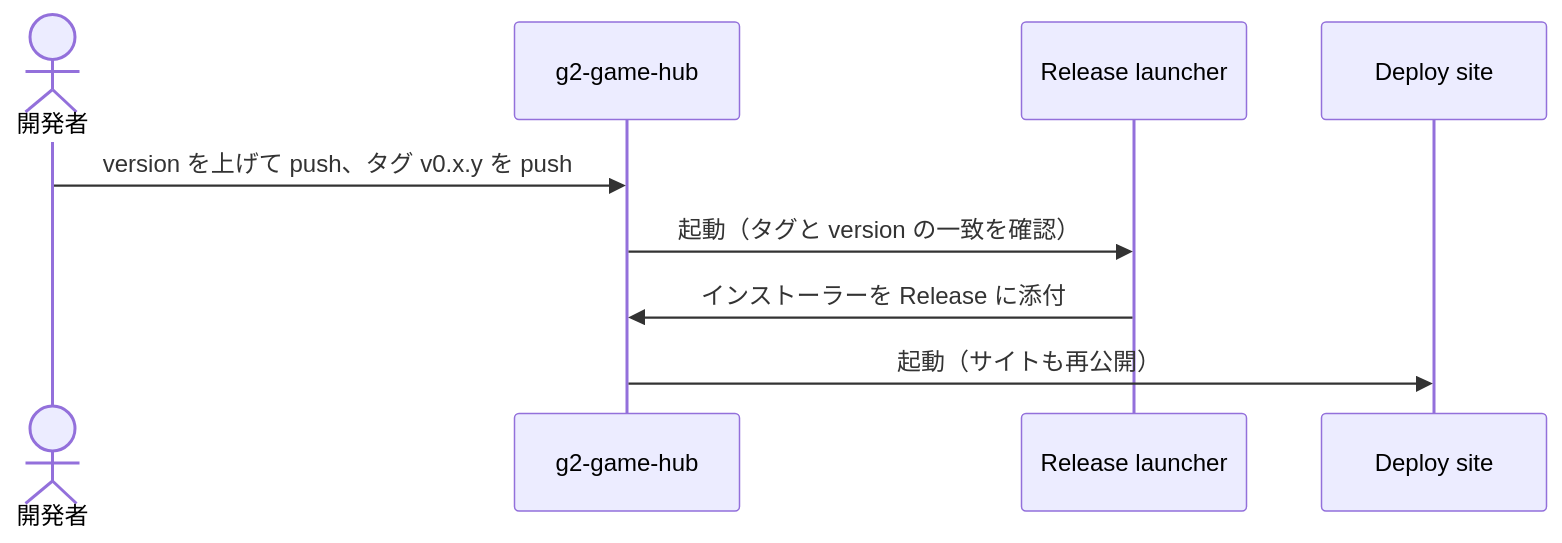
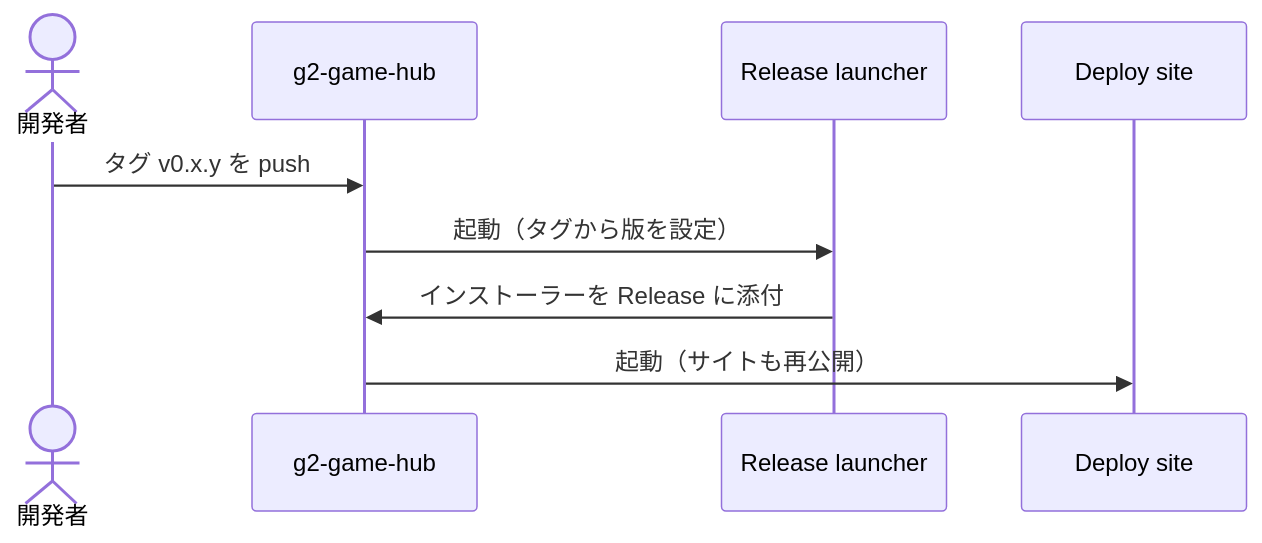
Before and after one commit to G-2-yama/g2-game-hub: the third of 4 diagrams in docs/integration.md, drawn with Mermaid. The commit also changed other lines of this file and 7 other files, not shown here.

````diff
--- a/docs/integration.md
+++ b/docs/integration.md
@@ -79,11 +79,11 @@
 ```mermaid
 sequenceDiagram
   actor U as 開発者
   participant H as g2-game-hub
   participant R as Release launcher
   participant S as Deploy site
-  U->>H: version を上げて push、タグ v0.x.y を push
-  H->>R: 起動（タグと version の一致を確認）
+  U->>H: タグ v0.x.y を push
+  H->>R: 起動（タグから版を設定）
   R->>H: インストーラーを Release に添付
   H->>S: 起動（サイトも再公開）
 ```
````
